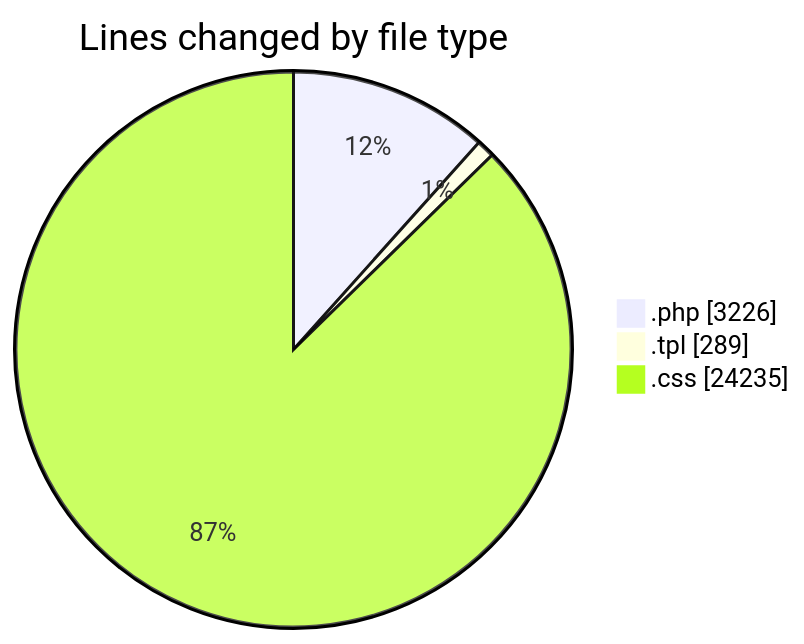
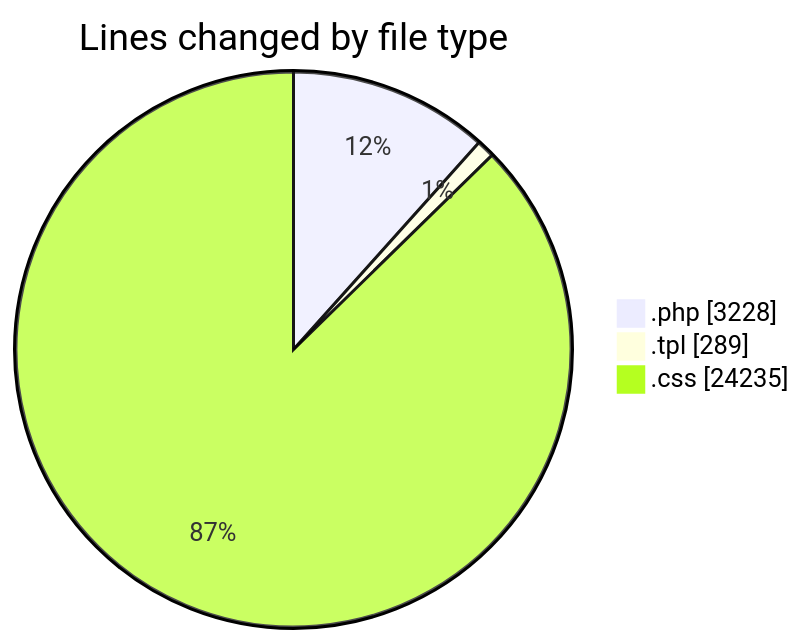
Before and after one commit to vahidmafi/code-tracking: the first of 2 diagrams in 2025-04-18/zeytoon/README.md, drawn with Mermaid. The commit also changed other lines of this file and 1 other file, not shown here.

````diff
--- a/2025-04-18/zeytoon/README.md
+++ b/2025-04-18/zeytoon/README.md
@@ -26,7 +26,7 @@
 ```mermaid
 pie showData
 title Lines changed by file type
-".php" : 3226
+".php" : 3228
 ".tpl" : 289
 ".css" : 24235
 ```
````
